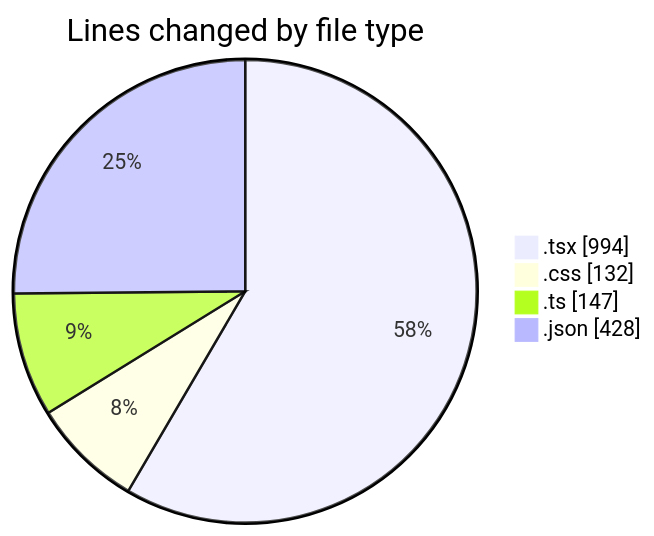
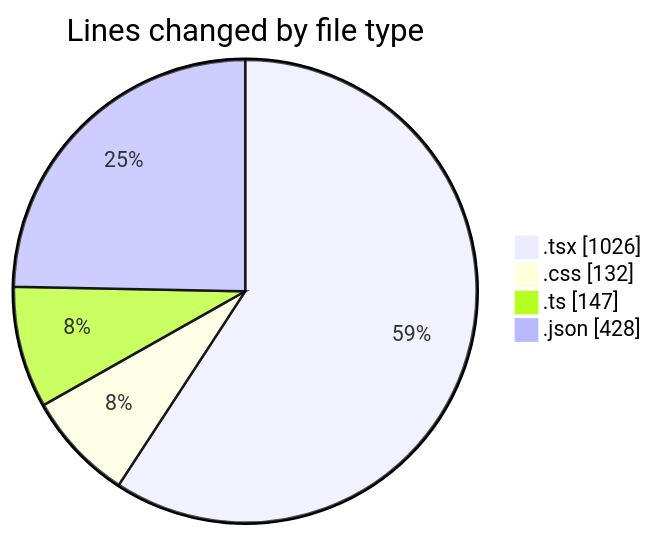
One commit to Elitesun/code-tracking changed the first of 2 diagrams in 2025-05-06/niten/README.md. Above: the diagram before and after it, drawn with Mermaid. The commit also changed other lines of this file and 1 other file, not shown here.

````diff
--- a/2025-05-06/niten/README.md
+++ b/2025-05-06/niten/README.md
@@ -42,8 +42,8 @@
 ```mermaid
 pie showData
 title Lines changed by file type
-".tsx" : 994
+".tsx" : 1026
 ".css" : 132
 ".ts" : 147
 ".json" : 428
 ```
````
